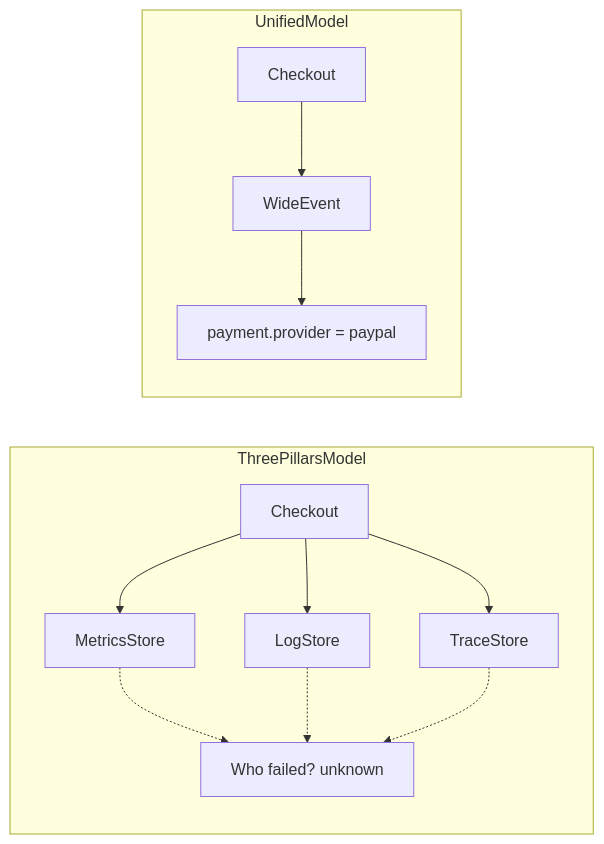
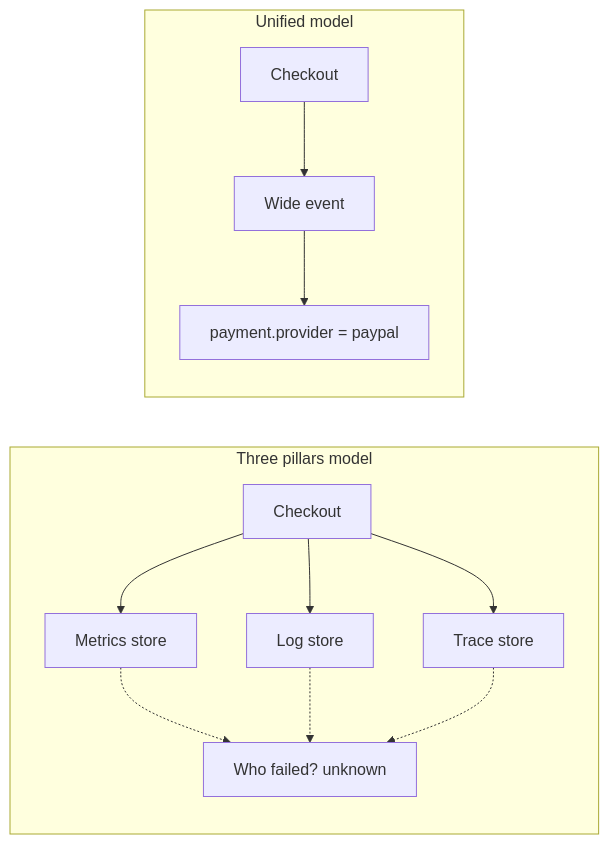
Before and after one commit to jagreehal/autotel: the first of 2 diagrams in apps/example-pillars-vs-unified/README.md, drawn with Mermaid. The commit also changed other lines of this file and 32 other files, not shown here.

````diff
--- a/apps/example-pillars-vs-unified/README.md
+++ b/apps/example-pillars-vs-unified/README.md
@@ -21,15 +29,15 @@
 ```mermaid
 flowchart LR
-  subgraph pillars [ThreePillarsModel]
-    App1[Checkout] --> M[MetricsStore]
-    App1 --> L[LogStore]
-    App1 --> T[TraceStore]
+  subgraph pillars ["Three pillars model"]
+    App1["Checkout"] --> M["Metrics store"]
+    App1 --> L["Log store"]
+    App1 --> T["Trace store"]
     M -.-> Q1["Who failed? unknown"]
     L -.-> Q1
     T -.-> Q1
   end
-  subgraph unified [UnifiedModel]
-    App2[Checkout] --> Wide[WideEvent]
+  subgraph unified ["Unified model"]
+    App2["Checkout"] --> Wide["Wide event"]
     Wide --> Ans["payment.provider = paypal"]
   end
 ```
````
